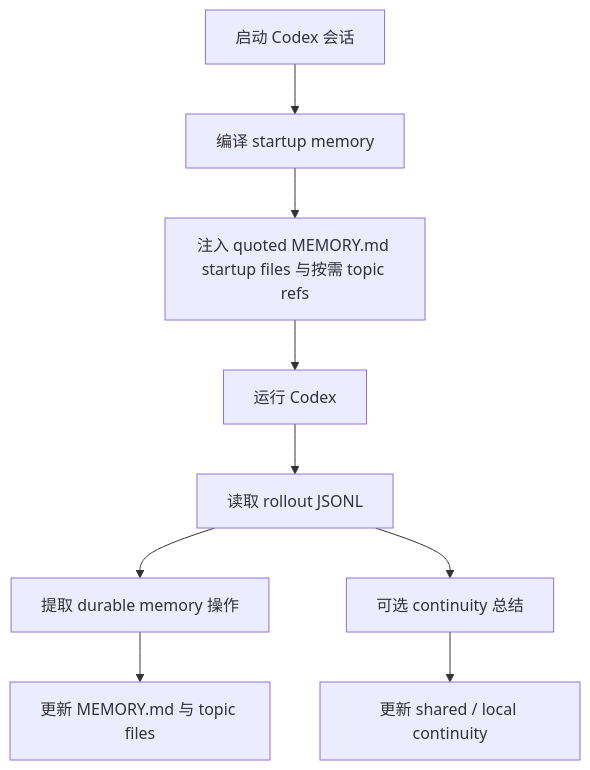
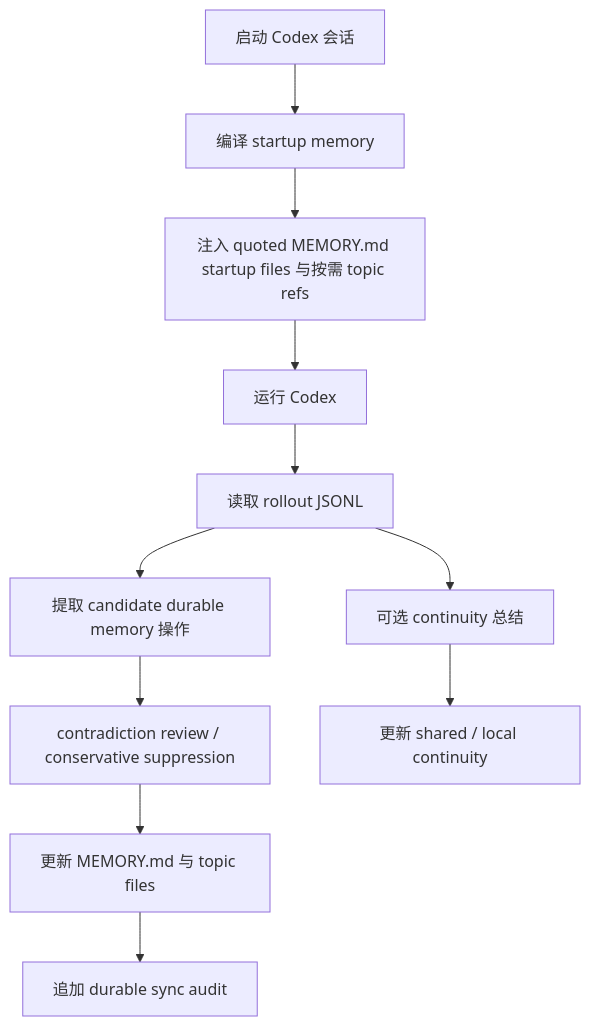
One commit to Boulea7/Codex-Auto-Memory changed the diagram in README.md. Above: the diagram before and after it, drawn with Mermaid. The commit also changed other lines of this file and 28 other files, not shown here.

````diff
--- a/README.md
+++ b/README.md
@@ -202,11 +203,13 @@
 ```mermaid
 flowchart TD
     A[启动 Codex 会话] --> B[编译 startup memory]
     B --> C[注入 quoted MEMORY.md startup files 与按需 topic refs]
     C --> D[运行 Codex]
     D --> E[读取 rollout JSONL]
-    E --> F[提取 durable memory 操作]
+    E --> F[提取 candidate durable memory 操作]
     E --> G[可选 continuity 总结]
-    F --> H[更新 MEMORY.md 与 topic files]
-    G --> I[更新 shared / local continuity]
+    F --> H[contradiction review / conservative suppression]
+    H --> I[更新 MEMORY.md 与 topic files]
+    I --> J[追加 durable sync audit]
+    G --> K[更新 shared / local continuity]
 ```
````
